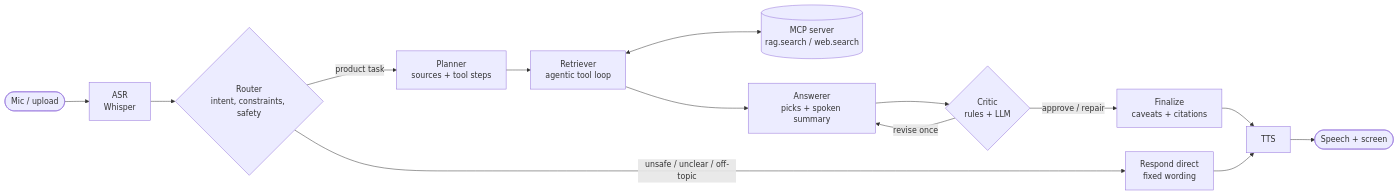
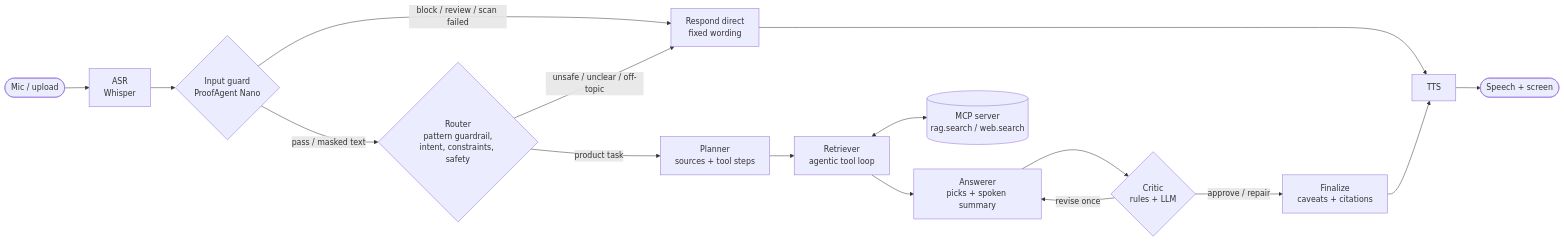
One commit to hjjhkr/shopvoice changed the diagram in README.md. Above: the diagram before and after it, drawn with Mermaid. The commit also changed other lines of this file, not shown here.

First line of the commit message:
README: show the ProofAgent Nano input guard in the architecture

````diff
--- a/README.md
+++ b/README.md
@@ -150,16 +150,18 @@
 ```mermaid
 flowchart LR
     mic([Mic / upload]) --> asr[ASR<br/>Whisper]
-    asr --> router{Router<br/>intent, constraints, safety}
+    asr --> guard{Input guard<br/>ProofAgent Nano}
+    guard -- block / review / scan failed --> direct
+    guard -- pass / masked text --> router{Router<br/>pattern guardrail,<br/>intent, constraints, safety}
     router -- unsafe / unclear / off-topic --> direct[Respond direct<br/>fixed wording]
     router -- product task --> planner[Planner<br/>sources + tool steps]
     planner --> retriever[Retriever<br/>agentic tool loop]
     retriever <--> mcp[(MCP server<br/>rag.search / web.search)]
     retriever --> answerer[Answerer<br/>picks + spoken summary]
     answerer --> critic{Critic<br/>rules + LLM}
     critic -- revise once --> answerer
     critic -- approve / repair --> finalize[Finalize<br/>caveats + citations]
     finalize --> tts[TTS]
     direct --> tts
     tts --> out([Speech + screen])
 ```
````
